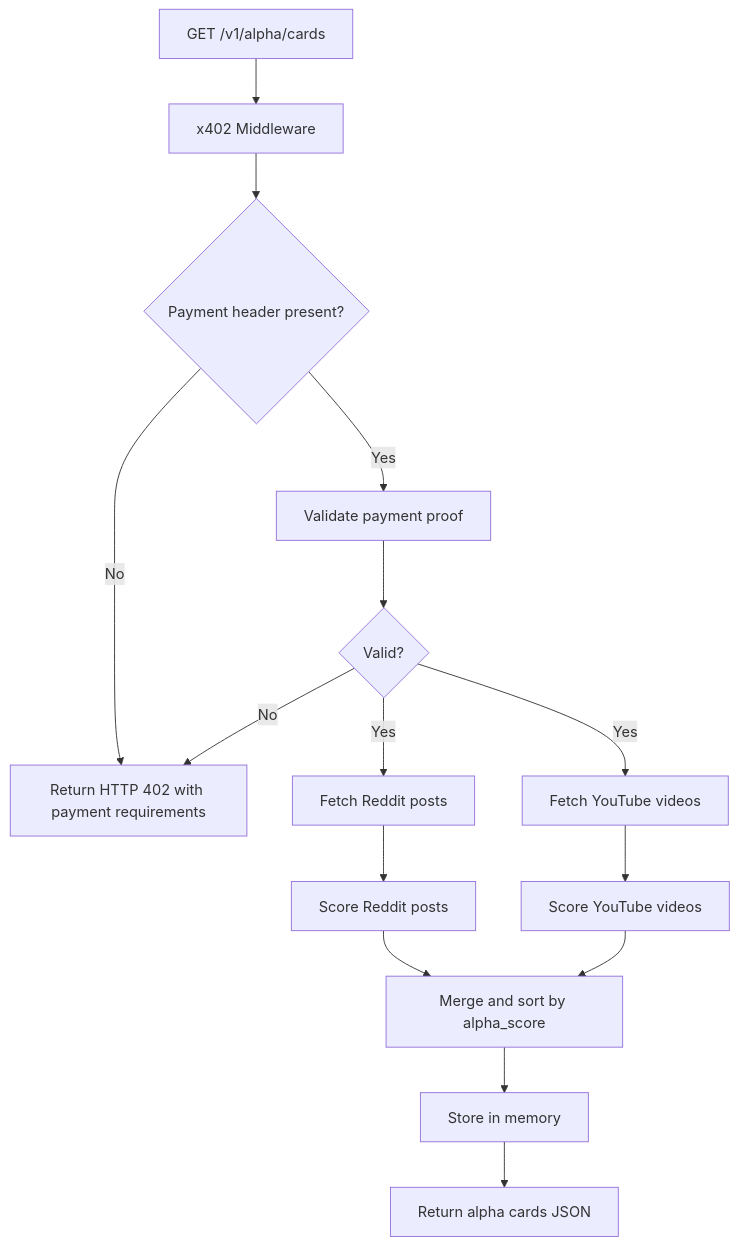
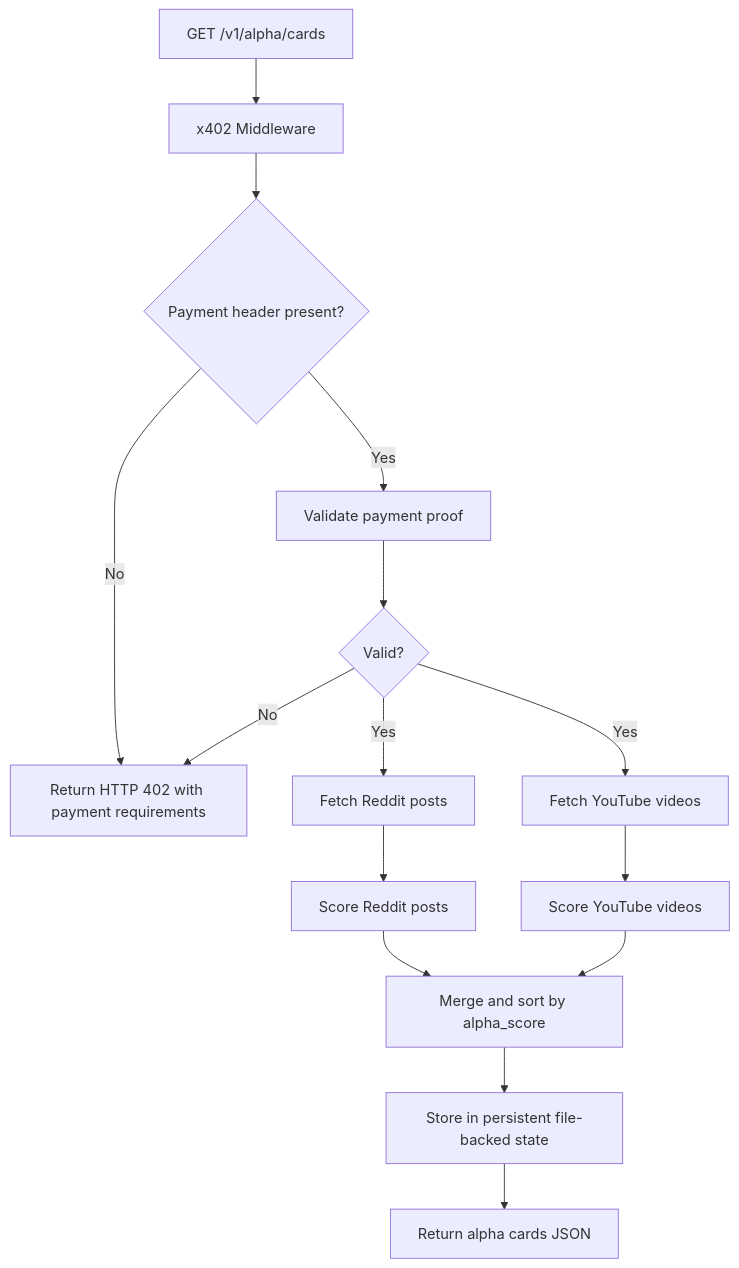
One commit to unclekaldoteth/ThesisRail changed the first of 2 diagrams in backend/README.md. Above: the diagram before and after it, drawn with Mermaid. The commit also changed other lines of this file and 4 other files, not shown here.

````diff
--- a/backend/README.md
+++ b/backend/README.md
@@ -62,17 +66,17 @@
 ```mermaid
 flowchart TD
     A[GET /v1/alpha/cards] --> B[x402 Middleware]
     B --> C{Payment header present?}
     C -- No --> D[Return HTTP 402 with payment requirements]
     C -- Yes --> E[Validate payment proof]
     E --> F{Valid?}
     F -- No --> D
     F -- Yes --> G[Fetch Reddit posts]
     F -- Yes --> H[Fetch YouTube videos]
     G --> I[Score Reddit posts]
     H --> J[Score YouTube videos]
     I --> K[Merge and sort by alpha_score]
     J --> K
-    K --> L[Store in memory]
+    K --> L[Store in persistent file-backed state]
     L --> M[Return alpha cards JSON]
 ```
````
